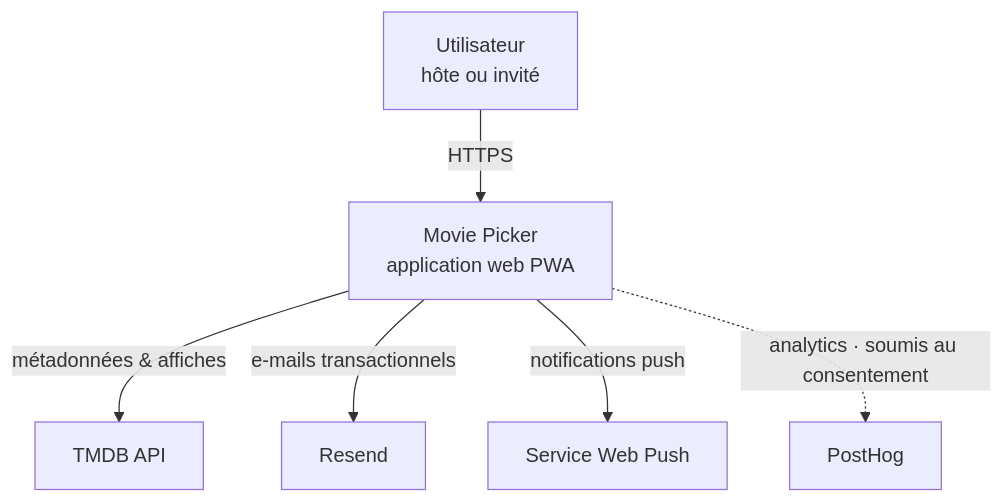
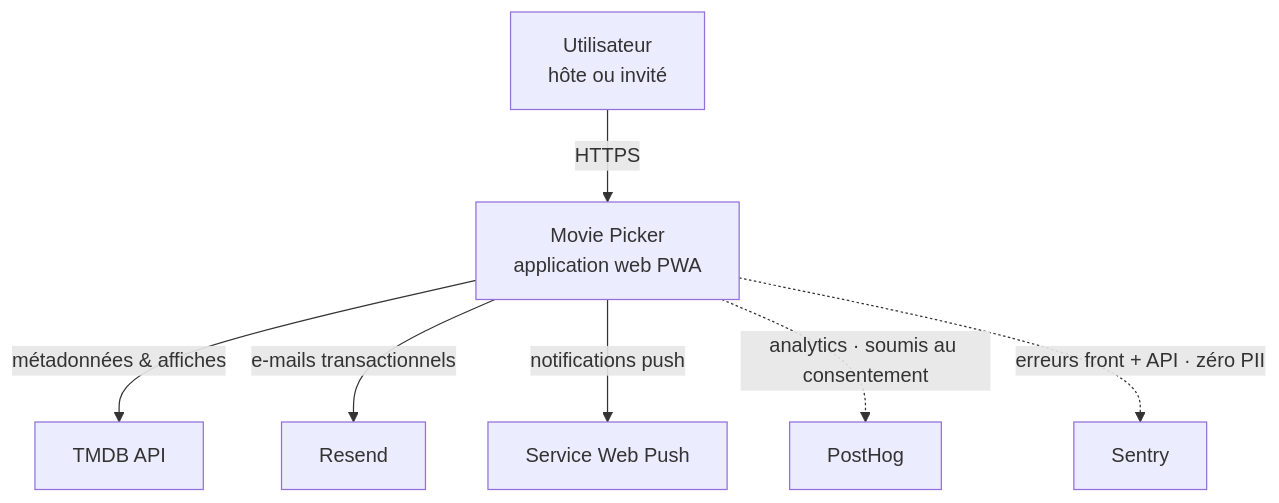
One commit to Affy657/Movie-Picker changed the first of 5 diagrams in docs/RNCP/bloc-2-conception-developpement/dossier-bloc-2.md. Above: the diagram before and after it, drawn with Mermaid. The commit also changed other lines of this file, not shown here.

First line of the commit message:
docs(rncp): Sentry intégré au dossier bloc 2 + §8.4 résiduel CSRF requalifié

````diff
--- a/docs/RNCP/bloc-2-conception-developpement/dossier-bloc-2.md
+++ b/docs/RNCP/bloc-2-conception-developpement/dossier-bloc-2.md
@@ -154,8 +152,9 @@
 ```mermaid
 flowchart TD
   U["Utilisateur<br/>hôte ou invité"] -->|HTTPS| MP["Movie Picker<br/>application web PWA"]
   MP -->|"métadonnées & affiches"| TMDB["TMDB API"]
   MP -->|"e-mails transactionnels"| RS["Resend"]
   MP -->|"notifications push"| WP["Service Web Push"]
   MP -.->|"analytics · soumis au consentement"| PH["PostHog"]
+  MP -.->|"erreurs front + API · zéro PII"| SE["Sentry"]
 ```
````
